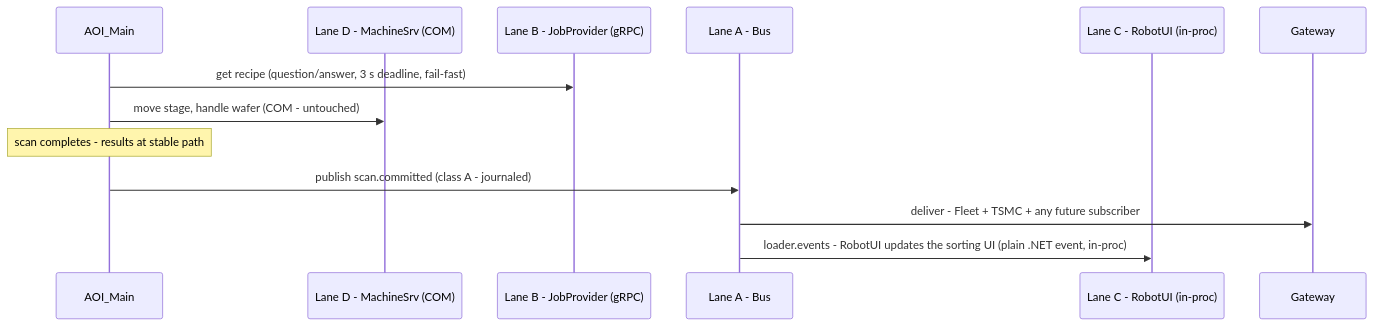
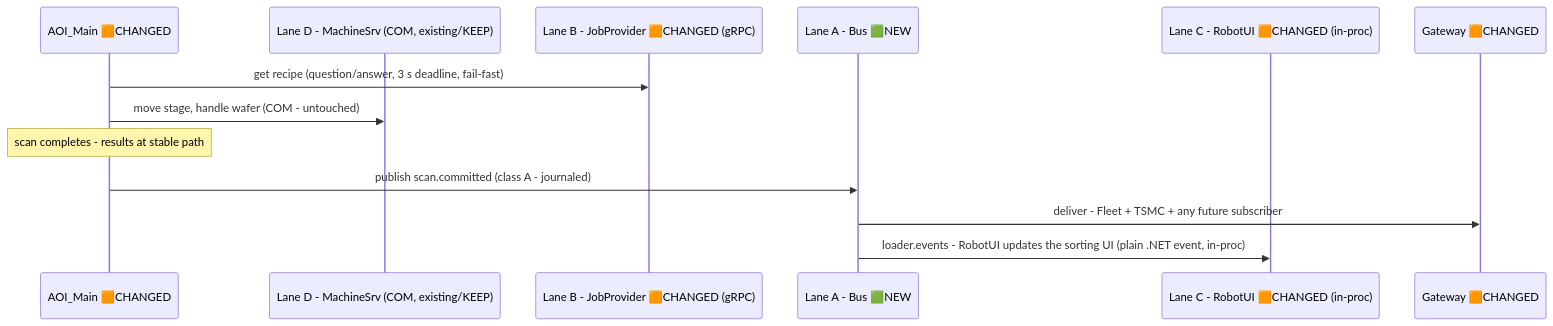
One commit to amitA-camtek/bus_gateway changed the second of 10 diagrams in stage/03-appendix-four-lanes.md. Above: the diagram before and after it, drawn with Mermaid. The commit also changed other lines of this file and 11 other files, not shown here.

````diff
--- a/stage/03-appendix-four-lanes.md
+++ b/stage/03-appendix-four-lanes.md
@@ -37,16 +45,16 @@
 ```mermaid
 sequenceDiagram
-    participant AOI as AOI_Main
-    participant D as Lane D - MachineSrv (COM)
-    participant B as Lane B - JobProvider (gRPC)
-    participant BUS as Lane A - Bus
-    participant C as Lane C - RobotUI (in-proc)
-    participant GW as Gateway
+    participant AOI as AOI_Main 🟧CHANGED
+    participant D as Lane D - MachineSrv (COM, existing/KEEP)
+    participant B as Lane B - JobProvider 🟧CHANGED (gRPC)
+    participant BUS as Lane A - Bus 🟩NEW
+    participant C as Lane C - RobotUI 🟧CHANGED (in-proc)
+    participant GW as Gateway 🟧CHANGED
 
     AOI->>B: get recipe (question/answer, 3 s deadline, fail-fast)
     AOI->>D: move stage, handle wafer (COM - untouched)
     Note over AOI: scan completes - results at stable path
     AOI->>BUS: publish scan.committed (class A - journaled)
     BUS->>GW: deliver - Fleet + TSMC + any future subscriber
     BUS->>C: loader.events - RobotUI updates the sorting UI (plain .NET event, in-proc)
 ```
````
